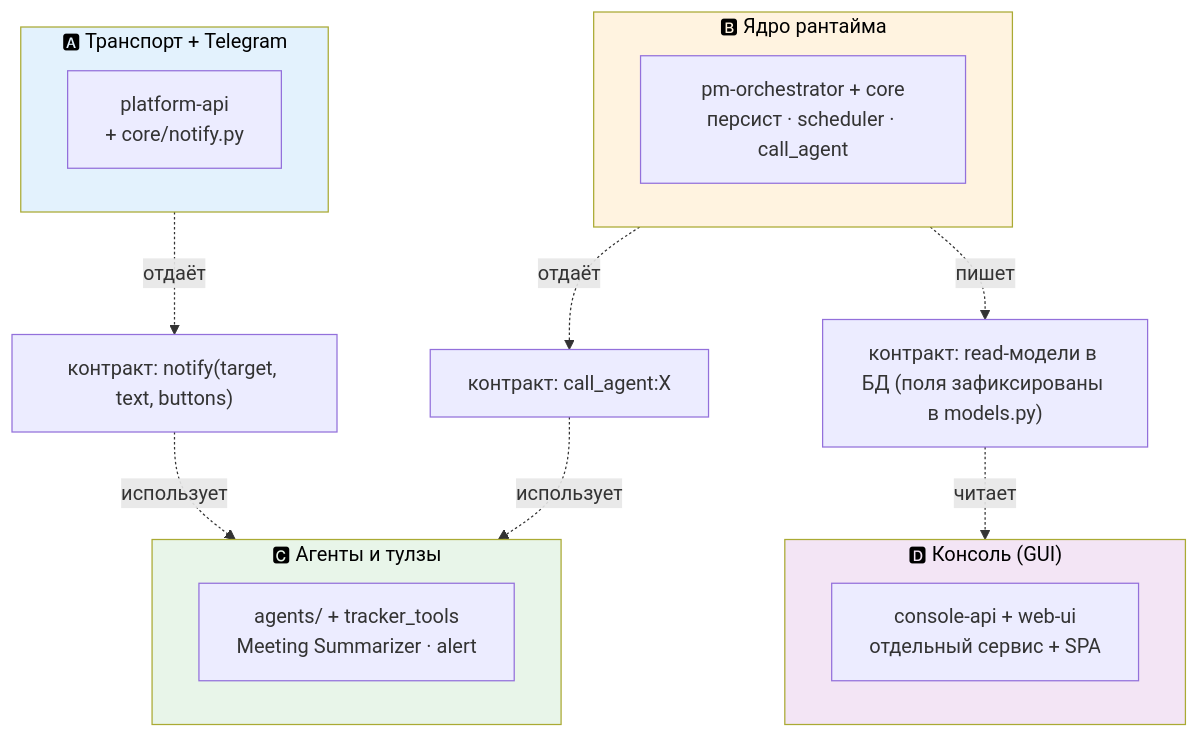
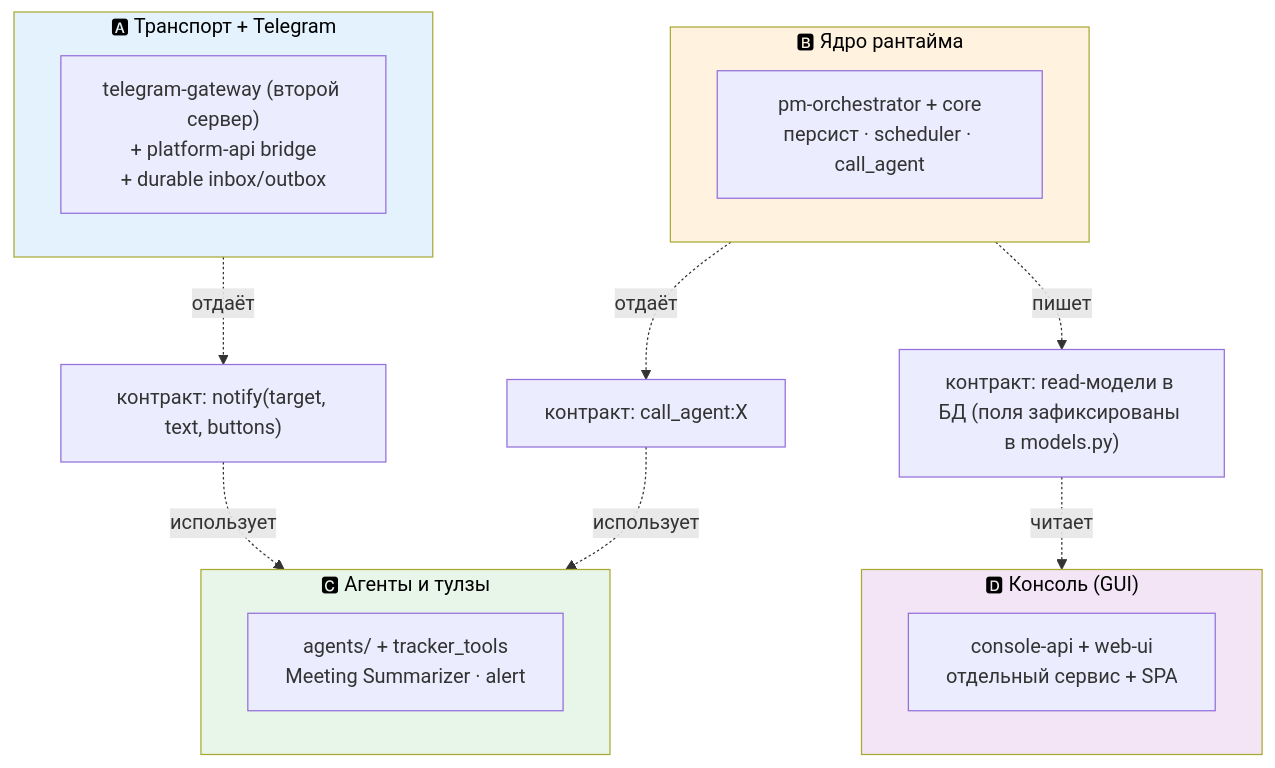
One commit to Kasuich/telegram_scrum_master changed diagram 13 of 13 in docs/TARGET_ARCHITECTURE.md. Above: the diagram before and after it, drawn with Mermaid. The commit also changed other lines of this file and 2 other files, not shown here.

Commit message:
docs(telegram): add complete two-server implementation plan

````diff
--- a/docs/TARGET_ARCHITECTURE.md
+++ b/docs/TARGET_ARCHITECTURE.md
@@ -573,28 +575,28 @@
 ```mermaid
 flowchart TB
     subgraph A["🅰 Транспорт + Telegram"]
-        AA["platform-api<br/>+ core/notify.py"]
+        AA["telegram-gateway (второй сервер)<br/>+ platform-api bridge<br/>+ durable inbox/outbox"]
     end
     subgraph B["🅱 Ядро рантайма"]
         BB["pm-orchestrator + core<br/>персист · scheduler · call_agent"]
     end
     subgraph C["🅲 Агенты и тулзы"]
         CC["agents/ + tracker_tools<br/>Meeting Summarizer · alert"]
     end
     subgraph D["🅳 Консоль (GUI)"]
         DD["console-api + web-ui<br/>отдельный сервис + SPA"]
     end
 
     NOTIFY["контракт: notify(target, text, buttons)"]
     CALL["контракт: call_agent:X"]
     READ["контракт: read-модели в БД (поля зафиксированы в models.py)"]
 
     A -. отдаёт .-> NOTIFY -. использует .-> C
     B -. отдаёт .-> CALL -. использует .-> C
     B -. пишет .-> READ -. читает .-> D
 
     style A fill:#e3f2fd,color:#000
     style B fill:#fff3e0,color:#000
     style C fill:#e8f5e9,color:#000
     style D fill:#f3e5f5,color:#000
 ```
````
